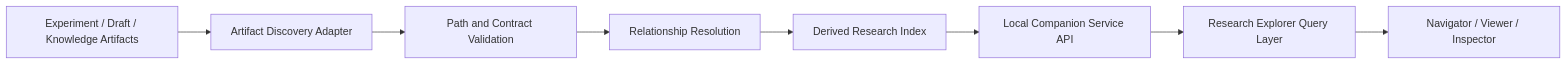
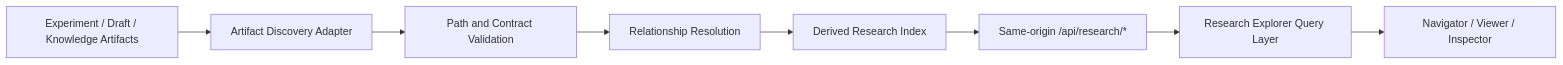
The second of 3 diagrams in docs/research/research-explorer-design.md (whatrune/sd-prompt-studio), drawn with Mermaid before and after one commit. The commit also changed other lines of this file, not shown here.

Commit message:
Finalize Research Explorer transport architecture

````diff
--- a/docs/research/research-explorer-design.md
+++ b/docs/research/research-explorer-design.md
@@ -165,10 +165,10 @@
 ```mermaid
 flowchart LR
     A["Experiment / Draft / Knowledge Artifacts"] --> B["Artifact Discovery Adapter"]
     B --> C["Path and Contract Validation"]
     C --> D["Relationship Resolution"]
     D --> E["Derived Research Index"]
-    E --> F["Local Companion Service API"]
+    E --> F["Same-origin /api/research/*"]
     F --> G["Research Explorer Query Layer"]
     G --> H["Navigator / Viewer / Inspector"]
 ```
````
